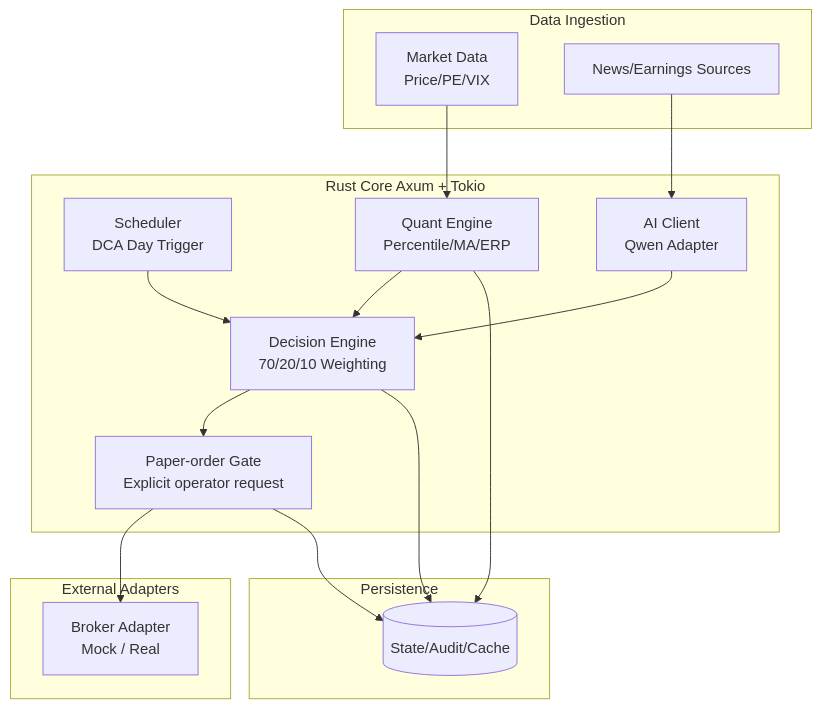
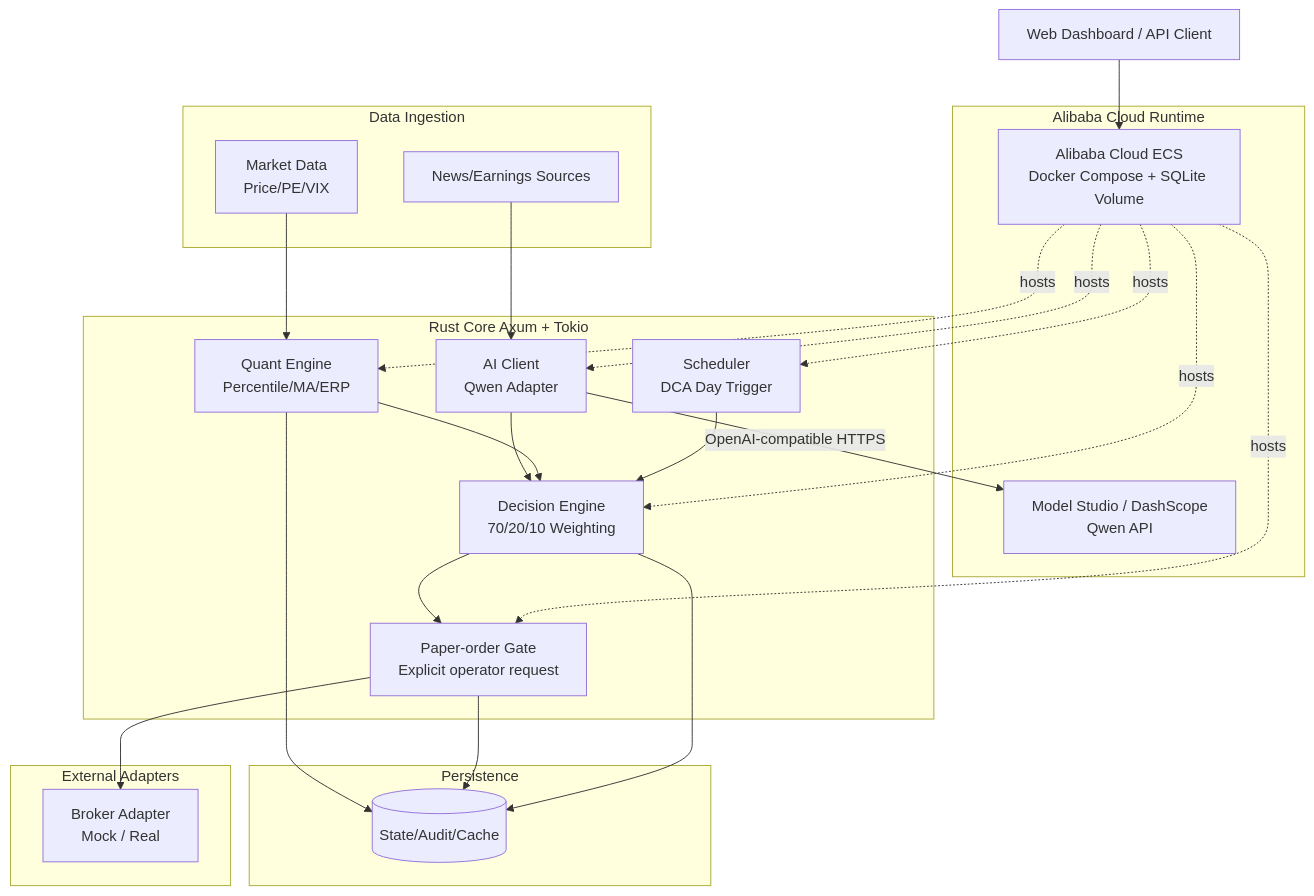
One commit to GuZZ1119/indexlink changed the diagram in readme.en.md. Above: the diagram before and after it, drawn with Mermaid. The commit also changed other lines of this file and 1 other file, not shown here.

Commit message:
docs: add ecs architecture overview

````diff
--- a/readme.en.md
+++ b/readme.en.md
@@ -102,34 +104,48 @@
 ```mermaid
 graph TD
+    WEB[Web Dashboard / API Client]
+
     subgraph Ingestion[Data Ingestion]
         MD[Market Data<br/>Price/PE/VIX]
         NEWS[News/Earnings Sources]
     end
 
     subgraph Core[Rust Core Axum + Tokio]
         SCH[Scheduler<br/>DCA Day Trigger]
         QUANT[Quant Engine<br/>Percentile/MA/ERP]
         AICLI[AI Client<br/>Qwen Adapter]
         DEC[Decision Engine<br/>70/20/10 Weighting]
         EXEC[Paper-order Gate<br/>Explicit operator request]
     end
 
     subgraph Adapters[External Adapters]
         BROKER[Broker Adapter<br/>Mock / Real]
     end
 
     subgraph Storage[Persistence]
         DB[(State/Audit/Cache)]
     end
 
+    subgraph Cloud[Alibaba Cloud Runtime]
+        ECS[Alibaba Cloud ECS<br/>Docker Compose + SQLite Volume]
+        QWEN[Model Studio / DashScope<br/>Qwen API]
+    end
+
+    WEB --> ECS
+    ECS -. hosts .-> SCH
+    ECS -. hosts .-> QUANT
+    ECS -. hosts .-> AICLI
+    ECS -. hosts .-> DEC
+    ECS -. hosts .-> EXEC
     MD --> QUANT
     NEWS --> AICLI
     SCH --> DEC
     QUANT --> DEC
     AICLI --> DEC
+    AICLI -- OpenAI-compatible HTTPS --> QWEN
     DEC --> EXEC
     EXEC --> BROKER
     DEC --> DB
     EXEC --> DB
     QUANT --> DB
 ```
````
